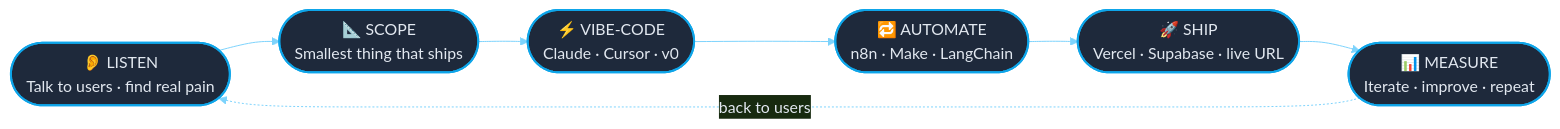
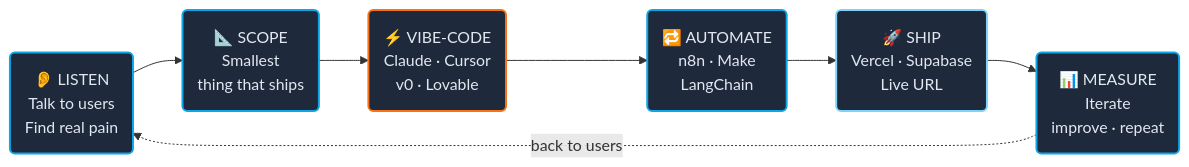
One commit to SatvickMalhotra/SatvickMalhotra changed the diagram in README.md. Above: the diagram before and after it, drawn with Mermaid.

Commit message:
fix: simplify Mermaid syntax — removed %%init theme block that broke rendering

````diff
--- a/README.md
+++ b/README.md
@@ -96,23 +96,19 @@
 ```mermaid
-%%{init: {'theme':'base','themeVariables':{
-  'primaryColor':'#0F172A',
-  'primaryTextColor':'#E2E8F0',
-  'primaryBorderColor':'#0EA5E9',
-  'lineColor':'#7DD3FC',
-  'tertiaryColor':'#1E293B',
-  'background':'#0F172A',
-  'fontFamily':'JetBrains Mono, monospace'
-}}}%%
 flowchart LR
-    A([👂 LISTEN<br/>Talk to users · find real pain]):::step
-    B([📐 SCOPE<br/>Smallest thing that ships]):::step
-    C([⚡ VIBE-CODE<br/>Claude · Cursor · v0]):::step
-    D([🔁 AUTOMATE<br/>n8n · Make · LangChain]):::step
-    E([🚀 SHIP<br/>Vercel · Supabase · live URL]):::step
-    F([📊 MEASURE<br/>Iterate · improve · repeat]):::step
+    A("👂 LISTEN<br/>Talk to users<br/>Find real pain")
+    B("📐 SCOPE<br/>Smallest<br/>thing that ships")
+    C("⚡ VIBE-CODE<br/>Claude · Cursor<br/>v0 · Lovable")
+    D("🔁 AUTOMATE<br/>n8n · Make<br/>LangChain")
+    E("🚀 SHIP<br/>Vercel · Supabase<br/>Live URL")
+    F("📊 MEASURE<br/>Iterate<br/>improve · repeat")
 
     A --> B --> C --> D --> E --> F
     F -.->|back to users| A
 
-    classDef step fill:#1E293B,stroke:#0EA5E9,stroke-width:2px,color:#E2E8F0;
+    style A fill:#1E293B,stroke:#0EA5E9,stroke-width:2px,color:#E2E8F0
+    style B fill:#1E293B,stroke:#0EA5E9,stroke-width:2px,color:#E2E8F0
+    style C fill:#1E293B,stroke:#F97316,stroke-width:2px,color:#E2E8F0
+    style D fill:#1E293B,stroke:#0EA5E9,stroke-width:2px,color:#E2E8F0
+    style E fill:#1E293B,stroke:#7DD3FC,stroke-width:2px,color:#E2E8F0
+    style F fill:#1E293B,stroke:#0EA5E9,stroke-width:2px,color:#E2E8F0
 ```
````
